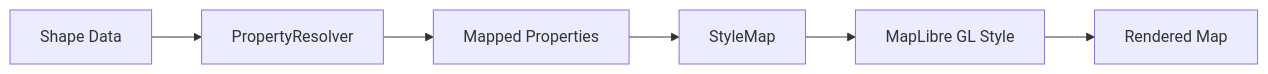
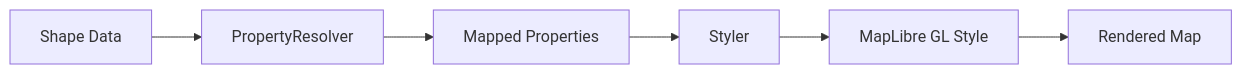
Before and after one commit to kubohiroya/hierarchidb: the second of 2 diagrams in packages/node-type/resolver-plugin/README.md, drawn with Mermaid. The commit also changed other lines of this file and 267 other files, not shown here.

````diff
--- a/packages/node-type/resolver-plugin/README.md
+++ b/packages/node-type/resolver-plugin/README.md
@@ -304,8 +304,8 @@
 ```mermaid
 graph LR
   A[Shape Data] --> B[PropertyResolver]
   B --> C[Mapped Properties]
-  C --> D[StyleMap]
+  C --> D[Styler]
   D --> E[MapLibre GL Style]
   E --> F[Rendered Map]
 ```
````
